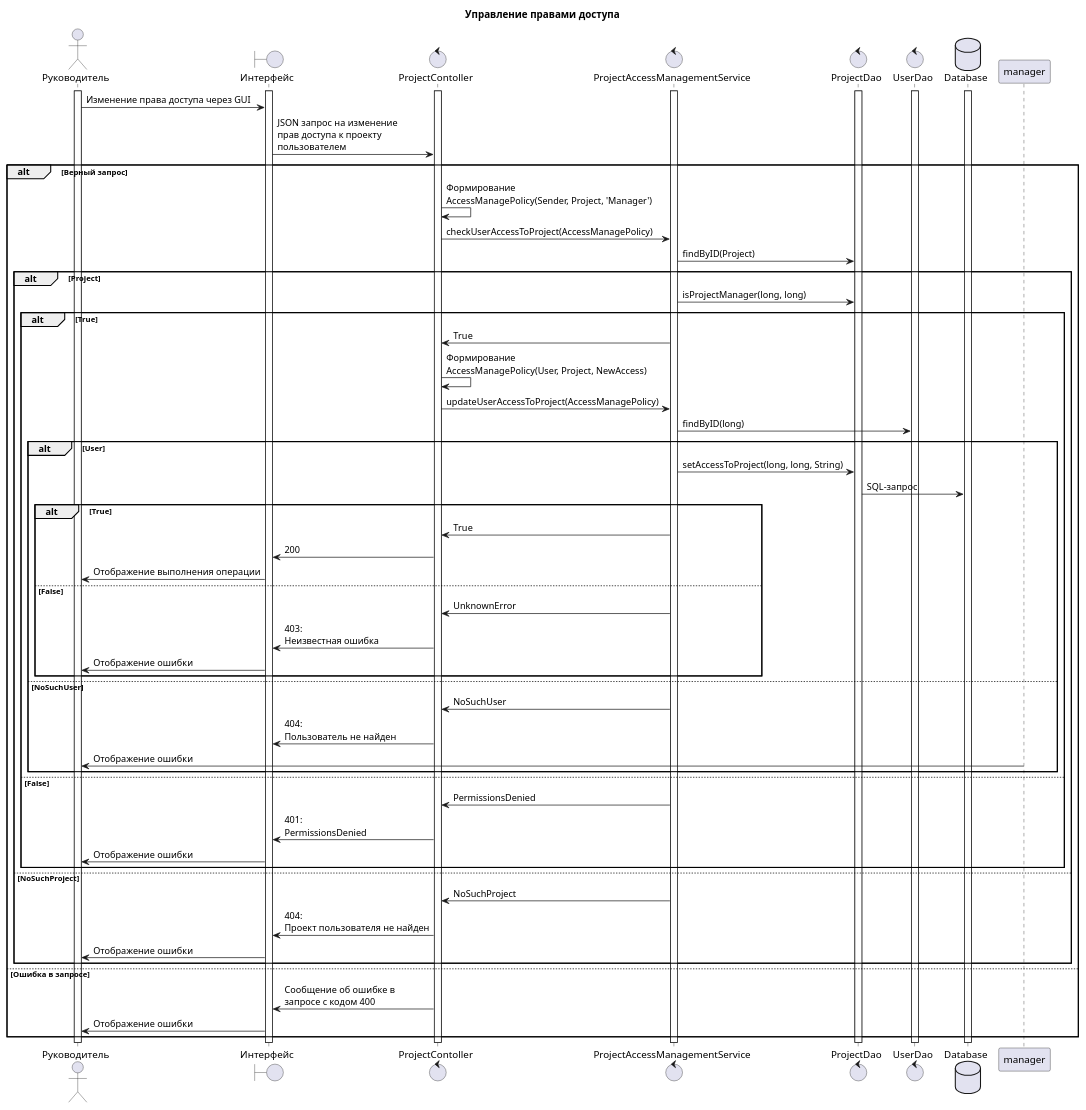
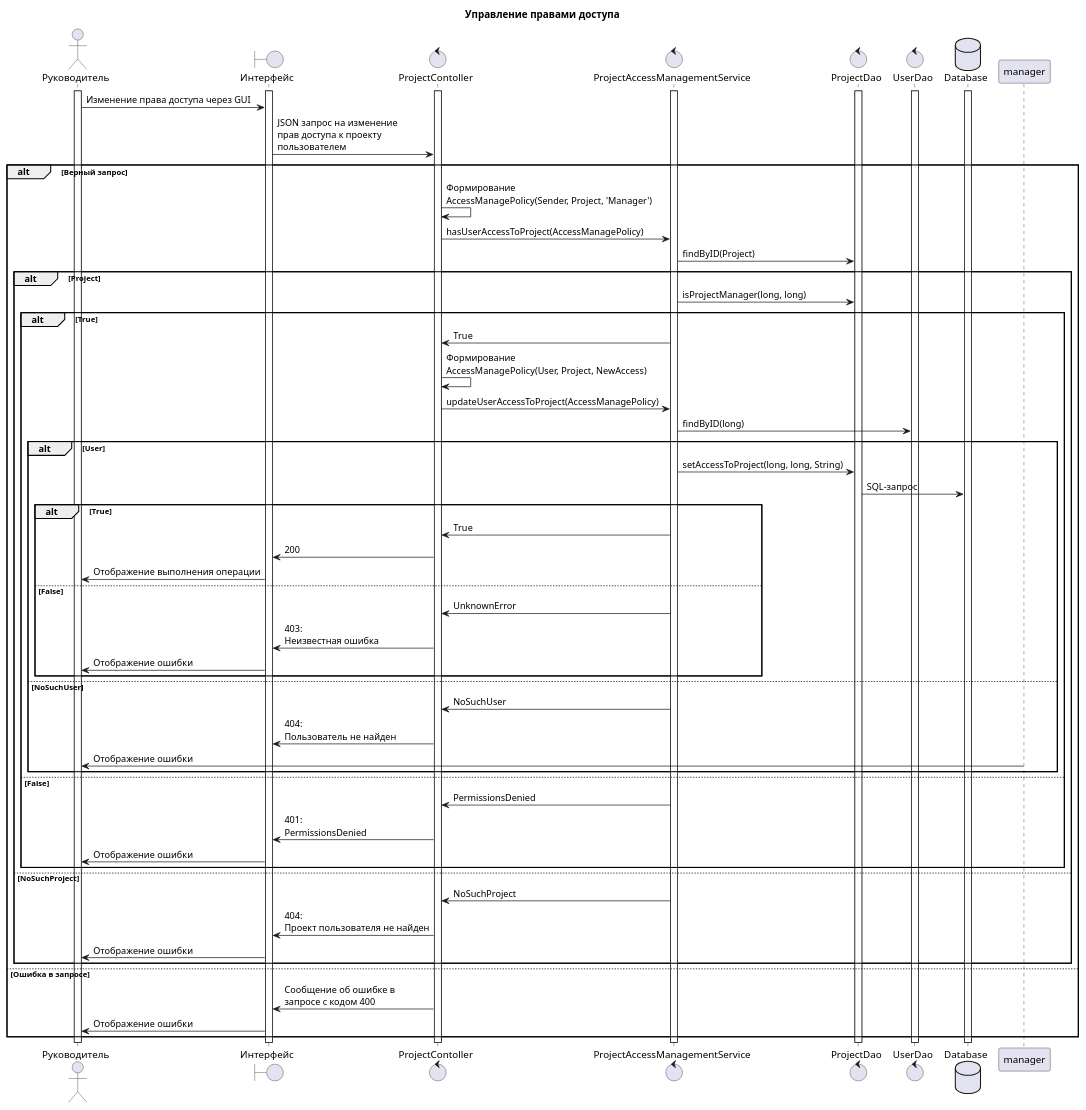
One commit to penamarth/bsbo-02-21_team_var7_erp changed the diagram in UML diagrams/Sequence diagrams/manage-access-rights.wsd. Above: the diagram before and after it, drawn with PlantUML. The commit also changed 1 other file, not shown here.

Commit message:
Modified sequence diagram: Morgachyow

```diff
--- a/UML diagrams/Sequence diagrams/manage-access-rights.wsd
+++ b/UML diagrams/Sequence diagrams/manage-access-rights.wsd
@@ -1,69 +1,69 @@
 @startuml sequence
 title Управление правами доступа
 
 actor Руководитель as user
 boundary "Интерфейс" as site
 control ProjectContoller as pcont
 control ProjectAccessManagementService as amserv
 control ProjectDao as pdao 
 control UserDao as udao
 database Database as db
 
 activate user
 activate site
 activate db
 activate pcont
 activate amserv
 activate pdao
 activate udao
 
 user -> site : Изменение права доступа через GUI
 site -> pcont : JSON запрос на изменение\nправ доступа к проекту\nпользователем
 
 alt Верный запрос
     pcont -> pcont : Формирование\nAccessManagePolicy(Sender, Project, 'Manager')
-    pcont -> amserv : checkUserAccessToProject(AccessManagePolicy)
+    pcont -> amserv : hasUserAccessToProject(AccessManagePolicy)
     amserv -> pdao : findByID(Project)
     alt Project
         amserv -> pdao : isProjectManager(long, long)
         alt True
             pcont <- amserv : True
             pcont -> pcont : Формирование\nAccessManagePolicy(User, Project, NewAccess)
             pcont -> amserv: updateUserAccessToProject(AccessManagePolicy)
             amserv -> udao : findByID(long)
             alt User
                 amserv -> pdao : setAccessToProject(long, long, String)
                 pdao -> db : SQL-запрос
                 alt True
                     pcont <- amserv : True
                     site <- pcont : 200
                     user <- site : Отображение выполнения операции
                 else False
                     pcont <- amserv : UnknownError 
                     site <- pcont : 403:\nНеизвестная ошибка
                     user <- site : Отображение ошибки
                 end
             else NoSuchUser
                 pcont <- amserv : NoSuchUser
                 site <- pcont : 404:\nПользователь не найден
                 user <- manager : Отображение ошибки
             end
         
         else False
             pcont <- amserv : PermissionsDenied
             site <- pcont : 401:\nPermissionsDenied
             user <- site : Отображение ошибки
         end
     else NoSuchProject
         pcont <- amserv : NoSuchProject
         site <- pcont : 404:\nПроект пользователя не найден
         user <- site : Отображение ошибки
     end
     
 else Ошибка в запросе
     pcont -> site : Сообщение об ошибке в\nзапросе с кодом 400
     user <- site : Отображение ошибки
 end
 
 
 @enduml
```
